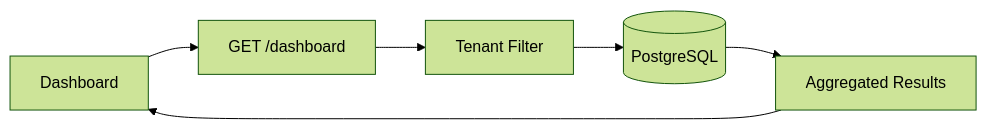
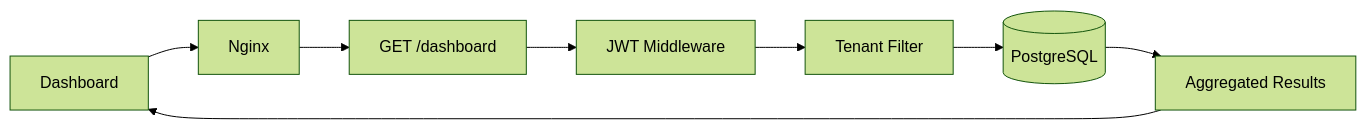
Before and after one commit to HAMLEG448/log-management-demo: diagram 12 of 14 in docs/data-flow.md, drawn with Mermaid (forest theme). The commit also changed other lines of this file and 2 other files, not shown here.

````diff
--- a/docs/data-flow.md
+++ b/docs/data-flow.md
@@ -195,14 +625,18 @@
 ```mermaid
 flowchart LR
     UI[Dashboard]
+    NGINX[Nginx]
     API[GET /dashboard]
+    AUTH[JWT Middleware]
     TENANT[Tenant Filter]
     DB[(PostgreSQL)]
     RESULT[Aggregated Results]
 
-    UI --> API
-    API --> TENANT
+    UI --> NGINX
+    NGINX --> API
+    API --> AUTH
+    AUTH --> TENANT
     TENANT --> DB
     DB --> RESULT
     RESULT --> UI
 ```
````
